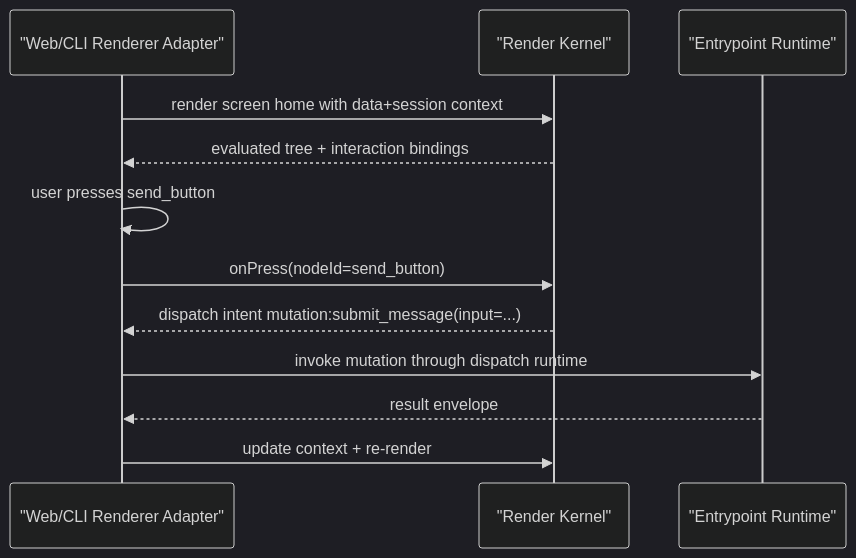
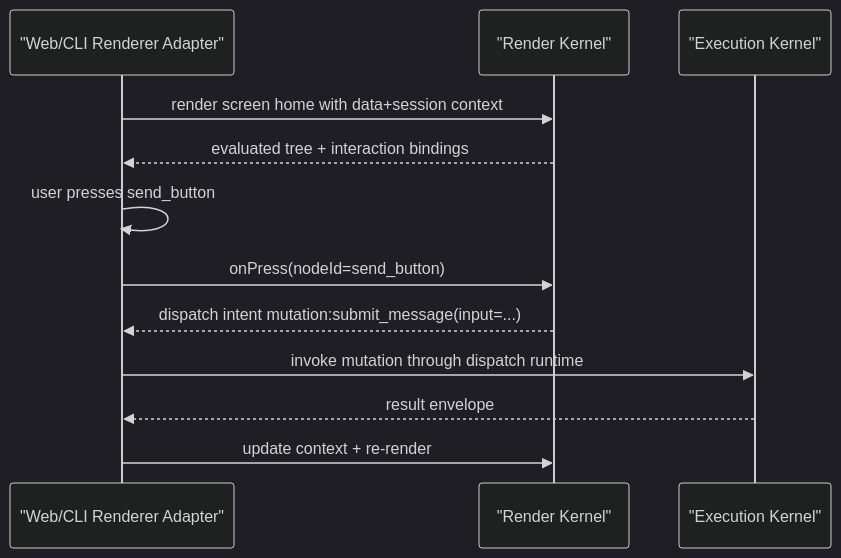
The second of 3 diagrams in docs/engineering/rfcs/RFC-0012-view-render-ir-and-renderer-adapter-contract.md (ngalluzzo/gooi), drawn with Mermaid (dark theme) before and after one commit. The commit also changed other lines of this file and 4 other files, not shown here.

````diff
--- a/docs/engineering/rfcs/RFC-0012-view-render-ir-and-renderer-adapter-contract.md
+++ b/docs/engineering/rfcs/RFC-0012-view-render-ir-and-renderer-adapter-contract.md
@@ -110,15 +110,15 @@
 ```mermaid
 sequenceDiagram
   participant Surf as "Web/CLI Renderer Adapter"
   participant RK as "Render Kernel"
-  participant ER as "Entrypoint Runtime"
+  participant EK as "Execution Kernel"
 
   Surf->>RK: render screen home with data+session context
   RK-->>Surf: evaluated tree + interaction bindings
   Surf->>Surf: user presses send_button
   Surf->>RK: onPress(nodeId=send_button)
   RK-->>Surf: dispatch intent mutation:submit_message(input=...)
-  Surf->>ER: invoke mutation through dispatch runtime
-  ER-->>Surf: result envelope
+  Surf->>EK: invoke mutation through dispatch runtime
+  EK-->>Surf: result envelope
   Surf->>RK: update context + re-render
 ```
````
